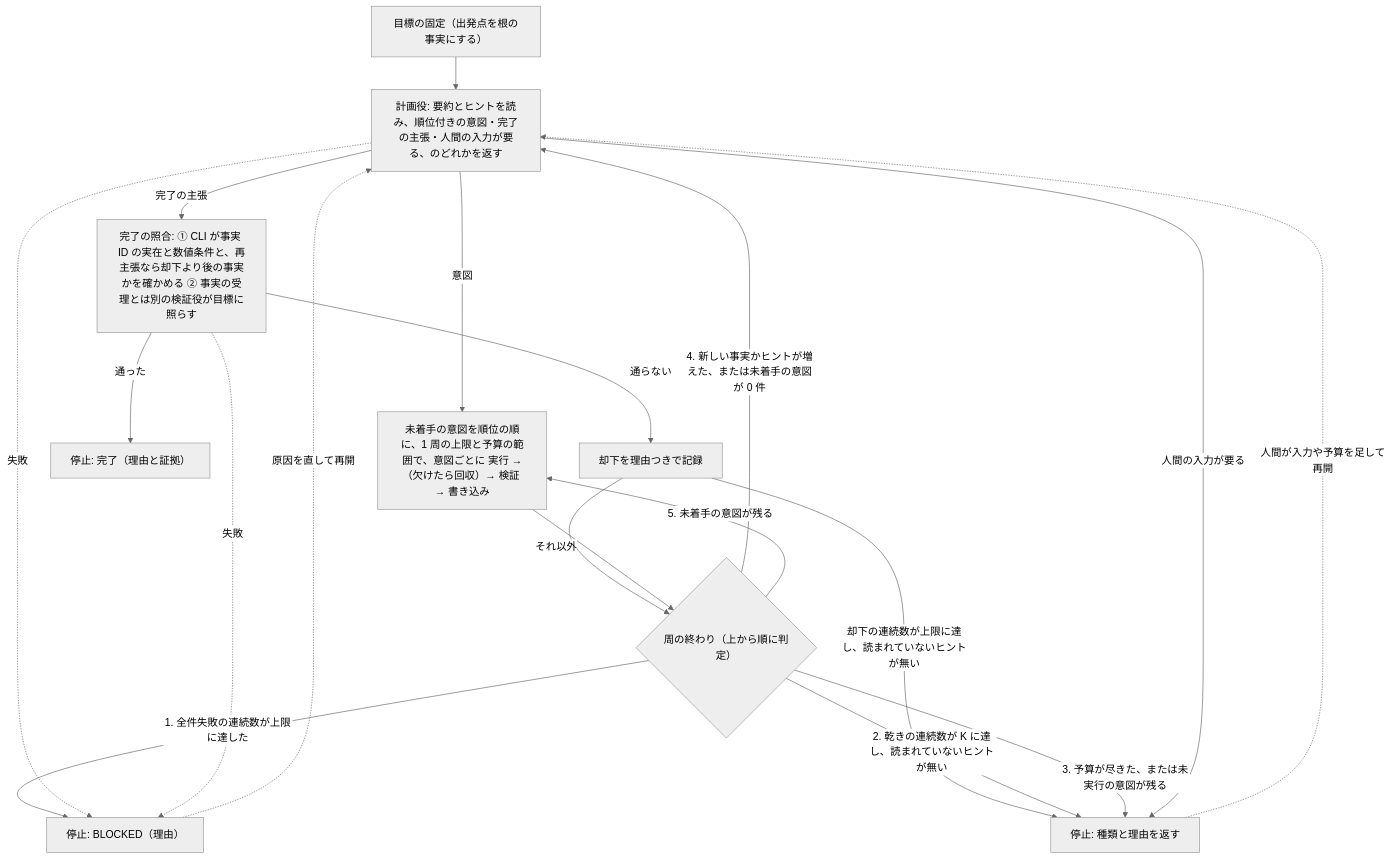
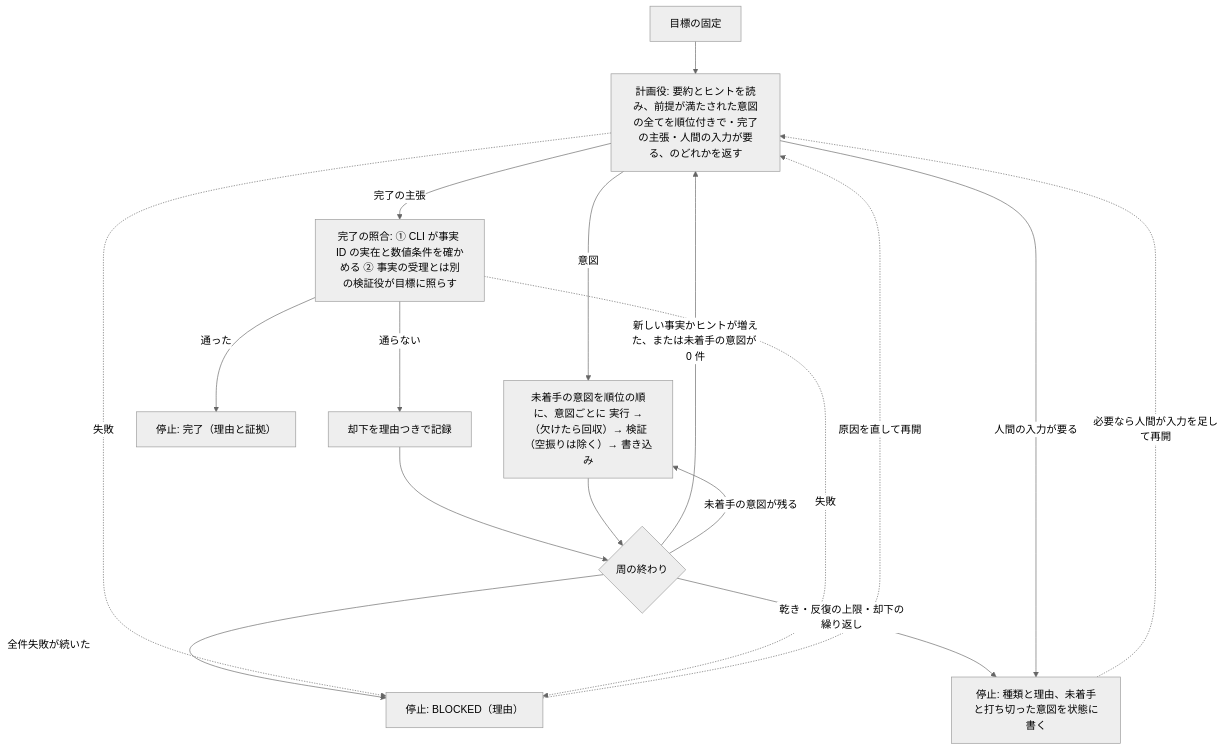
The third of 3 diagrams in docs/design/skill-design-patterns.md (yoshiysh/claude-plugins), drawn with Mermaid (neutral theme) before and after one commit. The commit also changed other lines of this file, not shown here.

````diff
--- a/docs/design/skill-design-patterns.md
+++ b/docs/design/skill-design-patterns.md
@@ -236,21 +238,19 @@
 ```mermaid
 flowchart TD
-  A["目標の固定（出発点を根の事実にする）"] --> P["計画役: 要約とヒントを読み、順位付きの意図・完了の主張・人間の入力が要る、のどれかを返す"]
-  P -- 意図 --> X["未着手の意図を順位の順に、1 周の上限と予算の範囲で、意図ごとに 実行 →（欠けたら回収）→ 検証 → 書き込み"]
-  P -- 完了の主張 --> C["完了の照合: ① CLI が事実 ID の実在と数値条件と、再主張なら却下より後の事実かを確かめる ② 事実の受理とは別の検証役が目標に照らす"]
+  A["目標の固定"] --> P["計画役: 要約とヒントを読み、前提が満たされた意図の全てを順位付きで・完了の主張・人間の入力が要る、のどれかを返す"]
+  P -- 意図 --> X["未着手の意図を順位の順に、意図ごとに 実行 →（欠けたら回収）→ 検証（空振りは除く）→ 書き込み"]
+  P -- 完了の主張 --> C["完了の照合: ① CLI が事実 ID の実在と数値条件を確かめる ② 事実の受理とは別の検証役が目標に照らす"]
   C -- 通った --> E["停止: 完了（理由と証拠）"]
   C -- 通らない --> RJ["却下を理由つきで記録"]
-  RJ -- "却下の連続数が上限に達し、読まれていないヒントが無い" --> H
-  RJ -- それ以外 --> R
-  X --> R{"周の終わり（上から順に判定）"}
-  R -- "1. 全件失敗の連続数が上限に達した" --> B["停止: BLOCKED（理由）"]
-  R -- "2. 乾きの連続数が K に達し、読まれていないヒントが無い" --> H["停止: 種類と理由を返す"]
-  R -- "3. 予算が尽きた、または未実行の意図が残る" --> H
-  R -- "4. 新しい事実かヒントが増えた、または未着手の意図が 0 件" --> P
-  R -- "5. 未着手の意図が残る" --> X
+  RJ --> R
+  X --> R{"周の終わり"}
+  R -- "全件失敗が続いた" --> B["停止: BLOCKED（理由）"]
+  R -- "乾き・反復の上限・却下の繰り返し" --> H["停止: 種類と理由、未着手と打ち切った意図を状態に書く"]
+  R -- "新しい事実かヒントが増えた、または未着手の意図が 0 件" --> P
+  R -- "未着手の意図が残る" --> X
   P -- 人間の入力が要る --> H
   P -. 失敗 .-> B
   C -. 失敗 .-> B
-  H -. "人間が入力や予算を足して再開" .-> P
+  H -. "必要なら人間が入力を足して再開" .-> P
   B -. "原因を直して再開" .-> P
 ```
````
